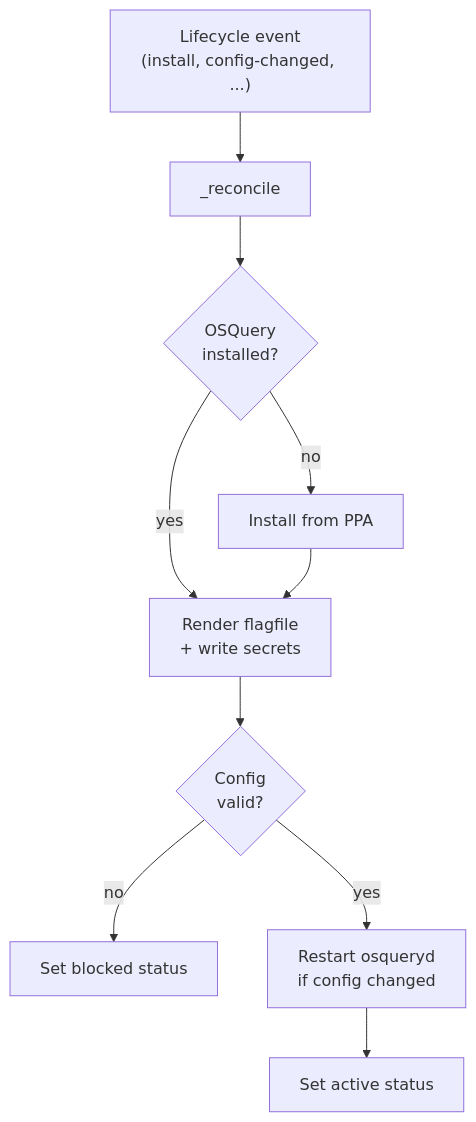
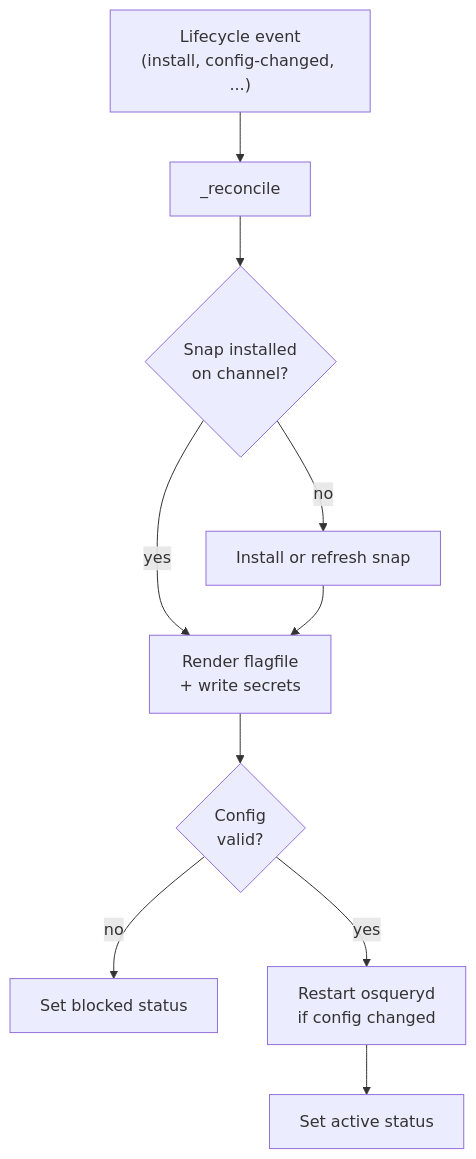
The second of 2 diagrams in docs/reference/charm-architecture.rst (canonical/osquery-operator), drawn with Mermaid before and after one commit. The commit also changed other lines of this file and 25 other files, not shown here.

```diff
--- a/docs/reference/charm-architecture.rst
+++ b/docs/reference/charm-architecture.rst
@@ -81,12 +84,12 @@
 .. mermaid::
 
     flowchart TD
         event["Lifecycle event<br/>(install, config-changed, ...)"] --> reconcile["_reconcile"]
-        reconcile --> installed{"OSQuery<br/>installed?"}
-        installed -->|no| install["Install from PPA"]
+        reconcile --> installed{"Snap installed<br/>on channel?"}
+        installed -->|no| install["Install or refresh snap"]
         installed -->|yes| render["Render flagfile<br/>+ write secrets"]
         install --> render
         render --> valid{"Config<br/>valid?"}
         valid -->|no| blocked["Set blocked status"]
         valid -->|yes| restart["Restart osqueryd<br/>if config changed"]
         restart --> active["Set active status"]
```
